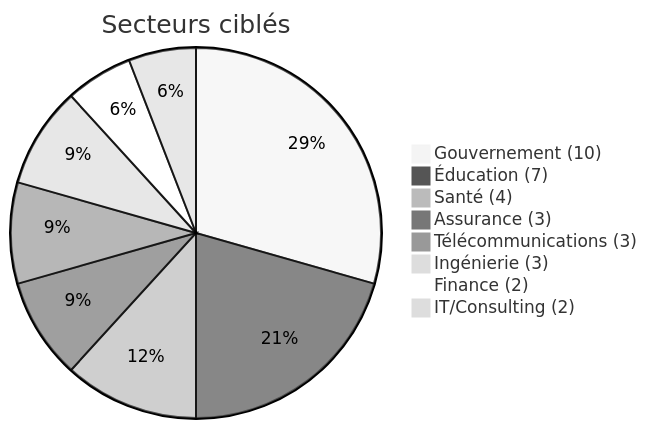
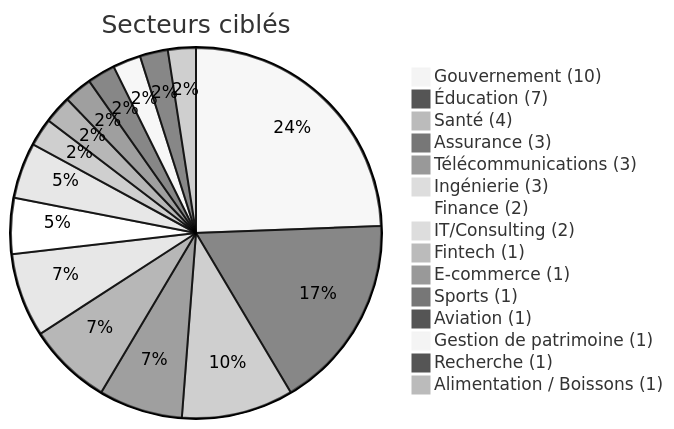
Before and after one commit to Hatchepsoute/AFRINTEL: the fourth of 5 diagrams in statistics/2026/03-march/README_FR.md, drawn with Mermaid (neutral theme). The commit also changed other lines of this file and 39 other files, not shown here.

````diff
--- a/statistics/2026/03-march/README_FR.md
+++ b/statistics/2026/03-march/README_FR.md
@@ -88,12 +95,19 @@
 ```mermaid
 pie
     title Secteurs ciblés
     "Gouvernement (10)" : 10
     "Éducation (7)" : 7
     "Santé (4)" : 4
     "Assurance (3)" : 3
     "Télécommunications (3)" : 3
     "Ingénierie (3)" : 3
     "Finance (2)" : 2
     "IT/Consulting (2)" : 2
+    "Fintech (1)" : 1
+    "E-commerce (1)" : 1
+    "Sports (1)" : 1
+    "Aviation (1)" : 1
+    "Gestion de patrimoine (1)" : 1
+    "Recherche (1)" : 1
+    "Alimentation / Boissons (1)" : 1
 ```
````
